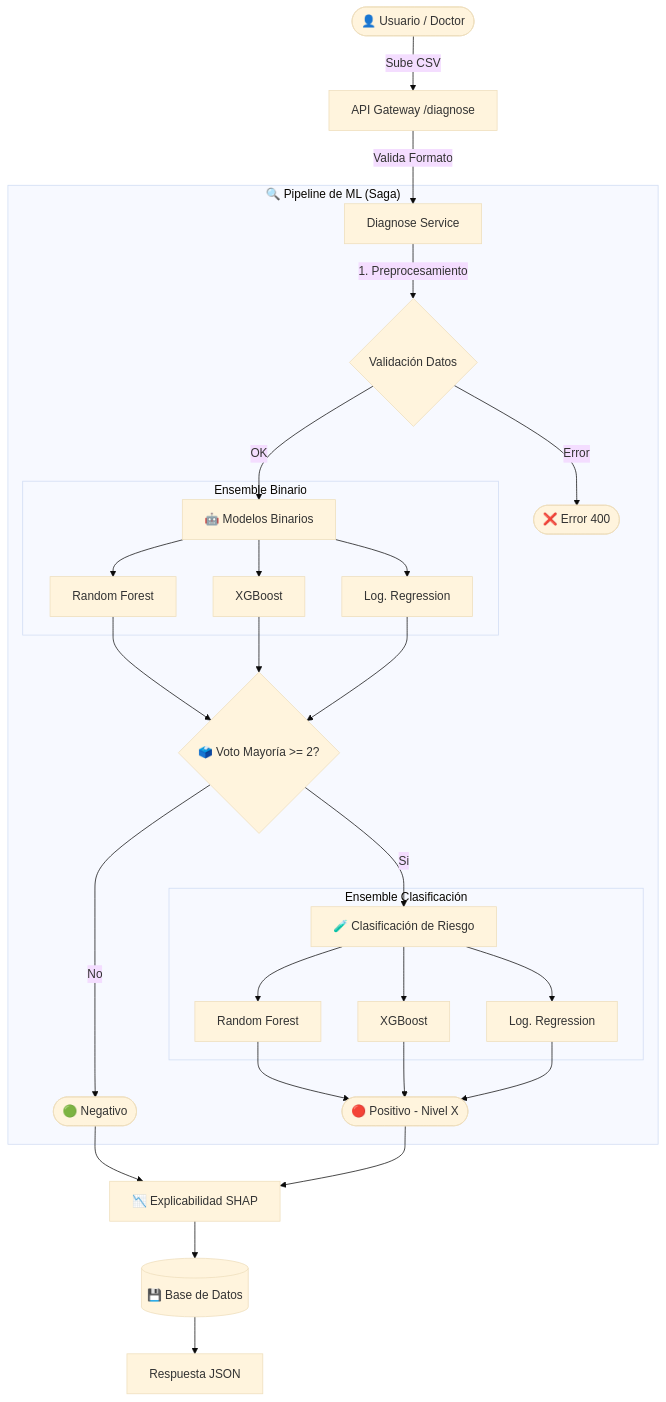
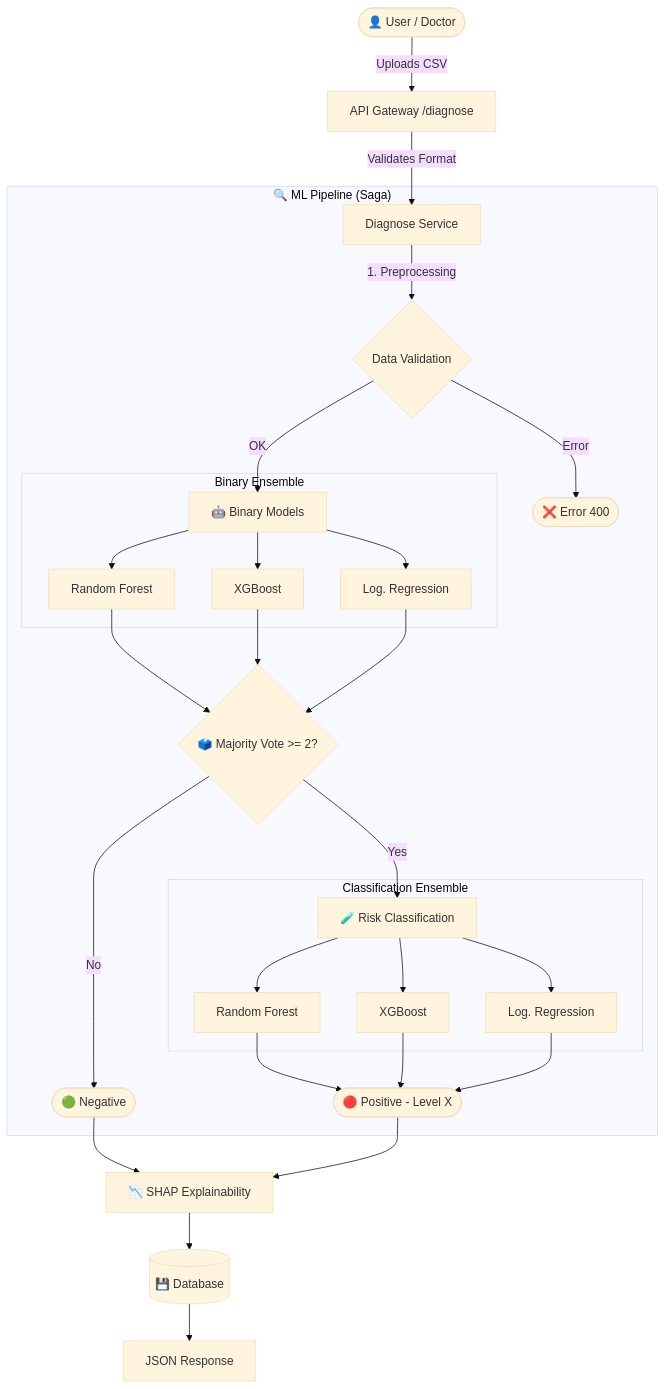
The diagram in README.md (mirazopablo/miel-ia), drawn with Mermaid (base theme) before and after one commit. The commit also changed other lines of this file, not shown here.

````diff
--- a/README.md
+++ b/README.md
@@ -35,34 +35,34 @@
 ```mermaid
 graph TD
-    User([👤 Usuario / Doctor]) -->|Sube CSV| API[API Gateway /diagnose]
-    API -->|Valida Formato| Service[Diagnose Service]
-    
-    subgraph "🔍 Pipeline de ML (Saga)"
-        Service -->|1. Preprocesamiento| Val{Validación Datos}
-        Val -->|OK| Bin[🤖 Modelos Binarios]
+    User([👤 User / Doctor]) -->|Uploads CSV| API[API Gateway /diagnose]
+    API -->|Validates Format| Service[Diagnose Service]
+
+    subgraph "🔍 ML Pipeline (Saga)"
+        Service -->|1. Preprocessing| Val{Data Validation}
+        Val -->|OK| Bin[🤖 Binary Models]
         Val -->|Error| Err([❌ Error 400])
-        
-        subgraph "Ensemble Binario"
+
+        subgraph "Binary Ensemble"
             Bin --> RF1[Random Forest]
             Bin --> XGB1[XGBoost]
             Bin --> LR1[Log. Regression]
         end
-        
-        RF1 & XGB1 & LR1 --> Vote{🗳️ Voto Mayoría >= 2?}
-        
-        Vote -->|No| Neg([🟢 Negativo])
-        Vote -->|Si| Class[🧪 Clasificación de Riesgo]
-        
-        subgraph "Ensemble Clasificación"
+
+        RF1 & XGB1 & LR1 --> Vote{🗳️ Majority Vote >= 2?}
+
+        Vote -->|No| Neg([🟢 Negative])
+        Vote -->|Yes| Class[🧪 Risk Classification]
+
+        subgraph "Classification Ensemble"
             Class --> RF2[Random Forest]
             Class --> XGB2[XGBoost]
             Class --> LR2[Log. Regression]
         end
-        
-        RF2 & XGB2 & LR2 --> Level([🔴 Positivo - Nivel X])
+
+        RF2 & XGB2 & LR2 --> Level([🔴 Positive - Level X])
     end
-    
-    Neg & Level --> SHAP[📉 Explicabilidad SHAP]
-    SHAP --> DB[(💾 Base de Datos)]
-    DB --> JSON[Respuesta JSON]
+
+    Neg & Level --> SHAP[📉 SHAP Explainability]
+    SHAP --> DB[(💾 Database)]
+    DB --> JSON[JSON Response]
 ```
````
